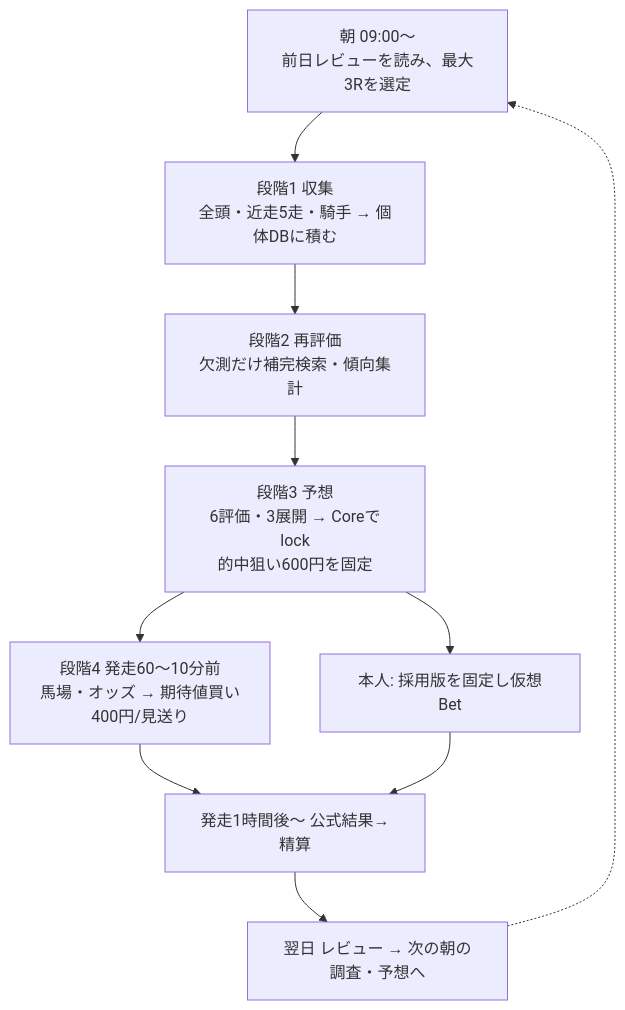
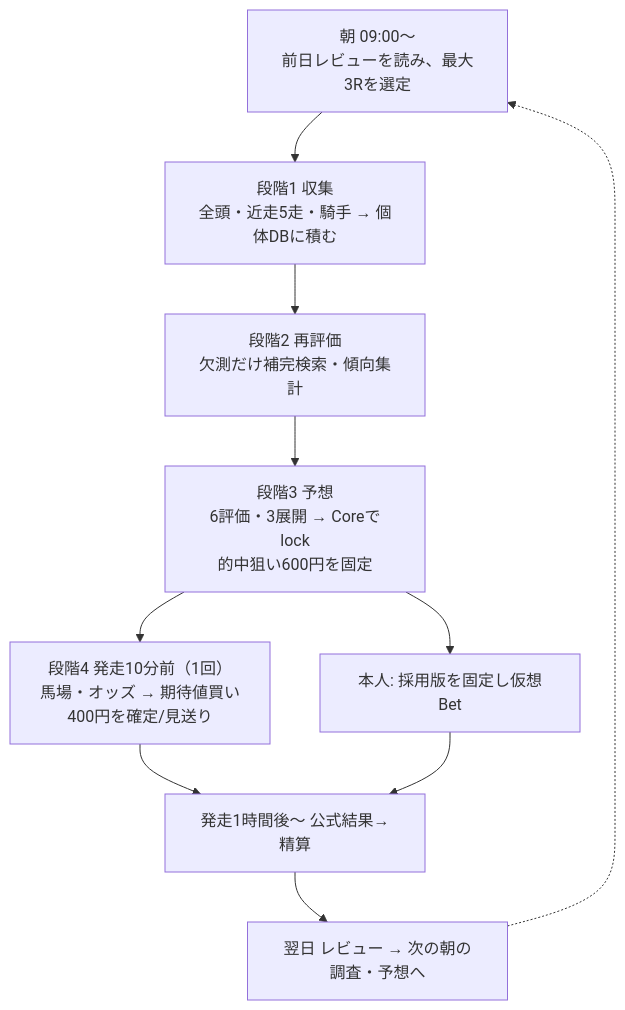
The second of 2 diagrams in README.md (Soso2e/TurfLab), drawn with Mermaid before and after one commit. The commit also changed other lines of this file and 4 other files, not shown here.

````diff
--- a/README.md
+++ b/README.md
@@ -31,12 +31,12 @@
 ```mermaid
 flowchart TD
   M["朝 09:00〜<br/>前日レビューを読み、最大3Rを選定"] --> S1["段階1 収集<br/>全頭・近走5走・騎手 → 個体DBに積む"]
   S1 --> S2["段階2 再評価<br/>欠測だけ補完検索・傾向集計"]
   S2 --> S3["段階3 予想<br/>6評価・3展開 → Coreでlock<br/>的中狙い600円を固定"]
-  S3 --> S4["段階4 発走60〜10分前<br/>馬場・オッズ → 期待値買い400円/見送り"]
+  S3 --> S4["段階4 発走10分前（1回）<br/>馬場・オッズ → 期待値買い400円を確定/見送り"]
   S3 --> U["本人: 採用版を固定し仮想Bet"]
   S4 --> R["発走1時間後〜 公式結果→精算"]
   U --> R
   R --> V["翌日 レビュー → 次の朝の調査・予想へ"]
   V -.-> M
 ```
````
